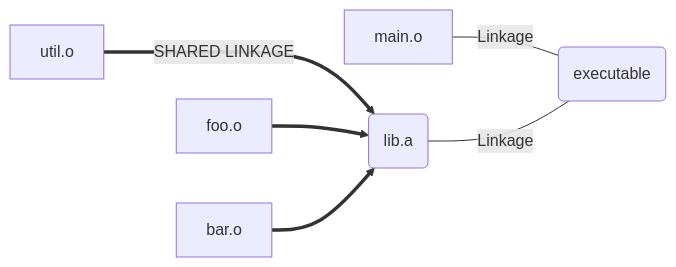
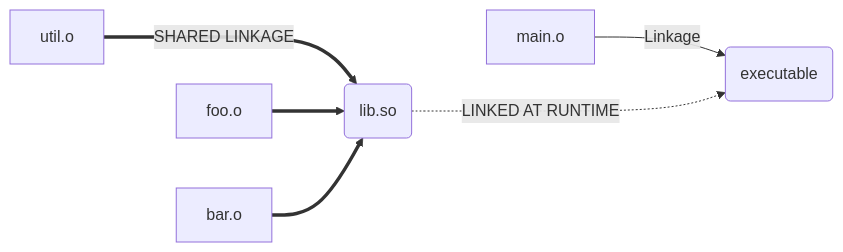
One commit to sadmanca/ece344 changed the fourth of 4 diagrams in README.md. Above: the diagram before and after it, drawn with Mermaid. The commit also changed other lines of this file, not shown here.

````diff
--- a/README.md
+++ b/README.md
@@ -350,9 +350,9 @@
 ```mermaid
 graph LR
-	1["util.o"] ===> |"SHARED LINKAGE"| 2("lib.a")
+	1["util.o"] ===> |"SHARED LINKAGE"| 2("lib.so")
 	4["foo.o"] ==> 2
 	5["bar.o"] ==> 2
 
-  6["main.o"] ---|"Linkage"| 7("executable") 
-	2 --- |"Linkage"| 7
+  6["main.o"] --> |"Linkage"| 7("executable") 
+	2 -..-> |"LINKED AT RUNTIME"| 7
 ```
````
